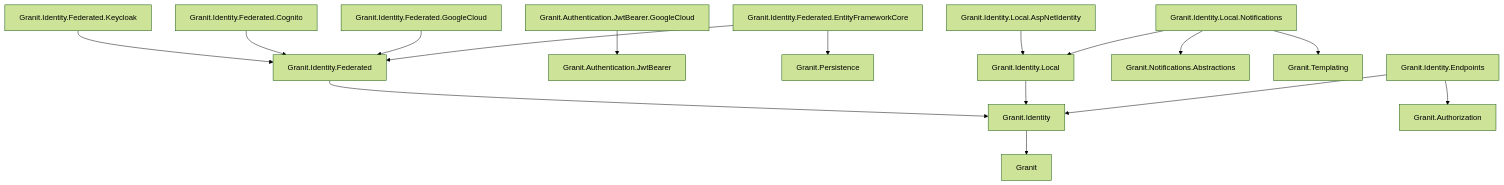
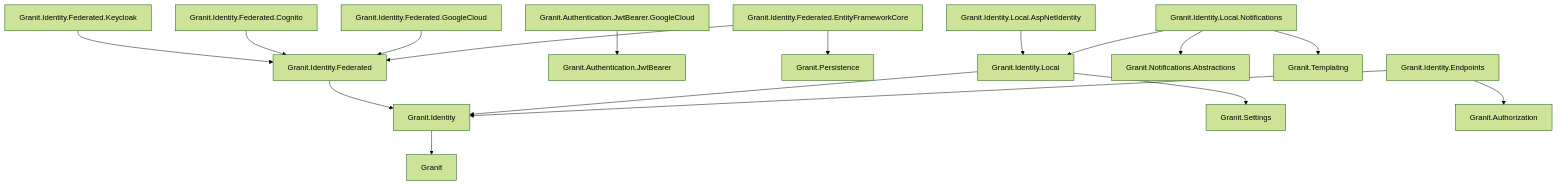
Before and after one commit to granit-fx/granit-dotnet: the first of 2 diagrams in docs-site/src/content/docs/dotnet/security/identity.mdx, drawn with Mermaid (forest theme). The commit also changed other lines of this file and 23 other files, not shown here.

````diff
--- a/docs-site/src/content/docs/dotnet/security/identity.mdx
+++ b/docs-site/src/content/docs/dotnet/security/identity.mdx
@@ -48,18 +48,19 @@
 ```mermaid
 graph TD
     I[Granit.Identity] --> C[Granit]
     IF[Granit.Identity.Federated] --> I
     IK[Granit.Identity.Federated.Keycloak] --> IF
     IC[Granit.Identity.Federated.Cognito] --> IF
     IGC[Granit.Identity.Federated.GoogleCloud] --> IF
     AGC[Granit.Authentication.JwtBearer.GoogleCloud] --> JB[Granit.Authentication.JwtBearer]
     IEF[Granit.Identity.Federated.EntityFrameworkCore] --> IF
     IEF --> P[Granit.Persistence]
     IL[Granit.Identity.Local] --> I
+    IL --> S[Granit.Settings]
     ILA[Granit.Identity.Local.AspNetIdentity] --> IL
     ILN[Granit.Identity.Local.Notifications] --> IL
     ILN --> N[Granit.Notifications.Abstractions]
     ILN --> T[Granit.Templating]
     IE[Granit.Identity.Endpoints] --> I
     IE --> AZ[Granit.Authorization]
 ```
````
